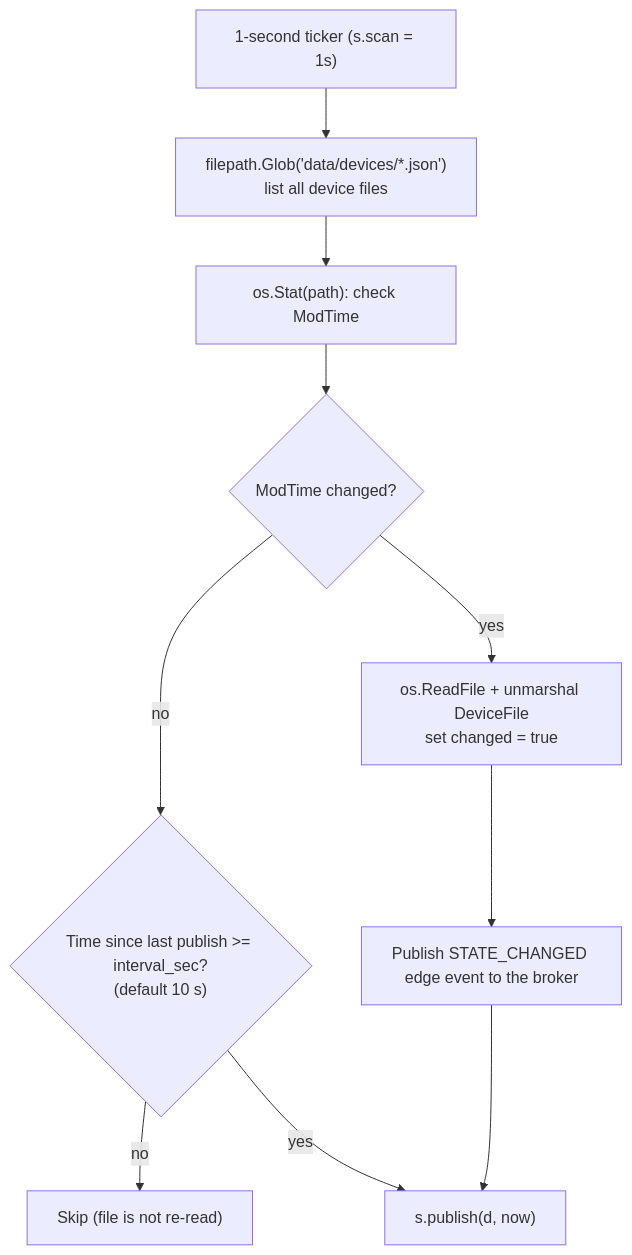
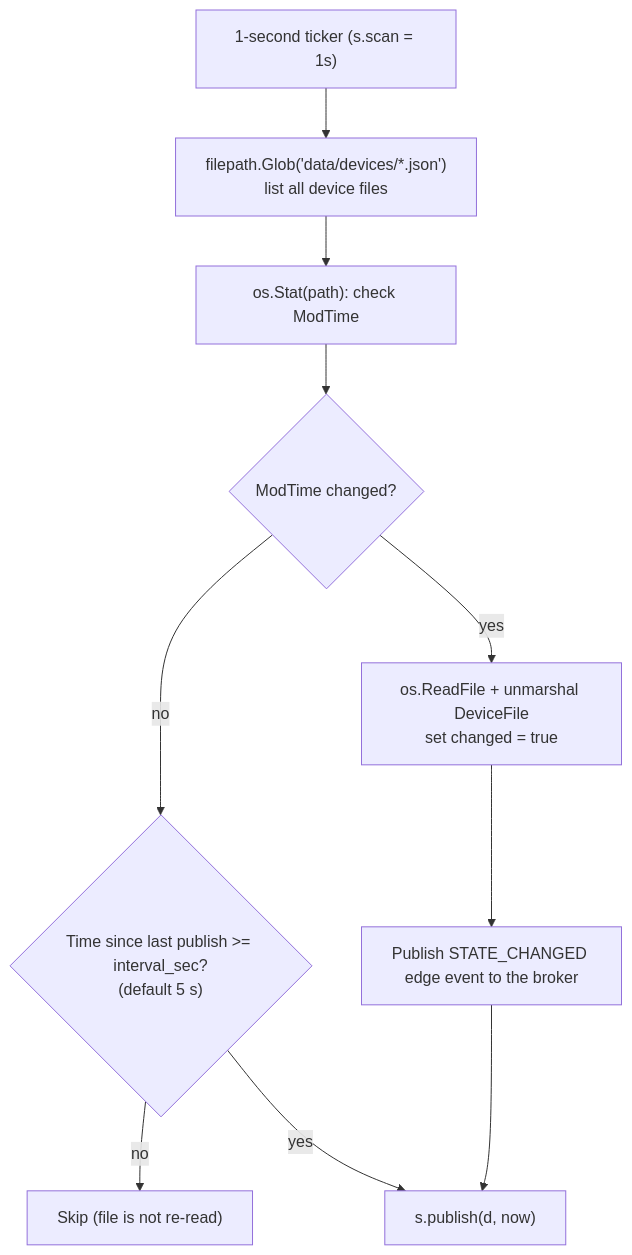
The third of 6 diagrams in docs/system_workflow_design_manual_en.md (HarvestStars/roca_dashboard), drawn with Mermaid before and after one commit. The commit also changed other lines of this file and 8 other files, not shown here.

````diff
--- a/docs/system_workflow_design_manual_en.md
+++ b/docs/system_workflow_design_manual_en.md
@@ -110,15 +110,15 @@
 ```mermaid
 flowchart TD
     Timer["1-second ticker (s.scan = 1s)"] --> Glob["filepath.Glob('data/devices/*.json')<br/>list all device files"]
     Glob --> Stat["os.Stat(path): check ModTime"]
 
     Stat --> CheckMod{"ModTime changed?"}
-    CheckMod -- no --> CheckInterval{"Time since last publish >= interval_sec?<br/>(default 10 s)"}
+    CheckMod -- no --> CheckInterval{"Time since last publish >= interval_sec?<br/>(default 5 s)"}
     CheckMod -- yes --> ReadFile["os.ReadFile + unmarshal DeviceFile<br/>set changed = true"]
 
     ReadFile --> SendEvent["Publish STATE_CHANGED edge event to the broker"]
     SendEvent --> Publish
 
     CheckInterval -- no --> Skip["Skip (file is not re-read)"]
     CheckInterval -- yes --> Publish["s.publish(d, now)"]
 ```
````
